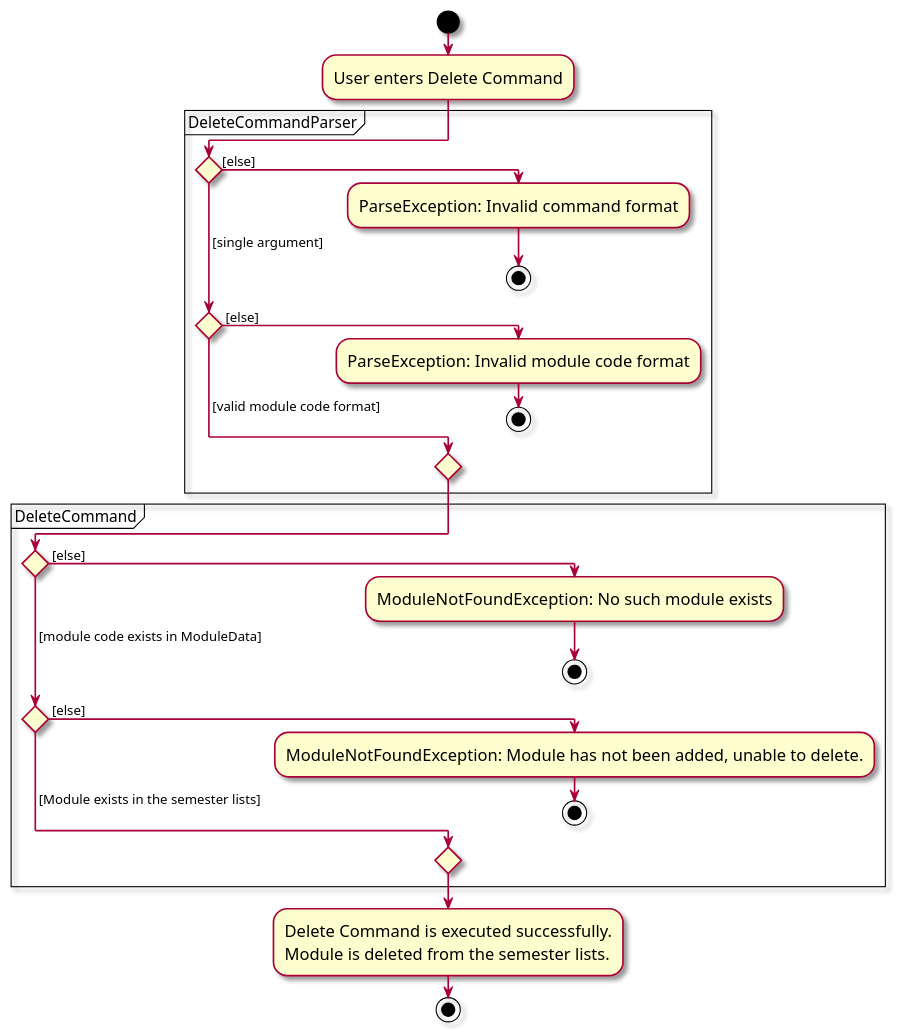
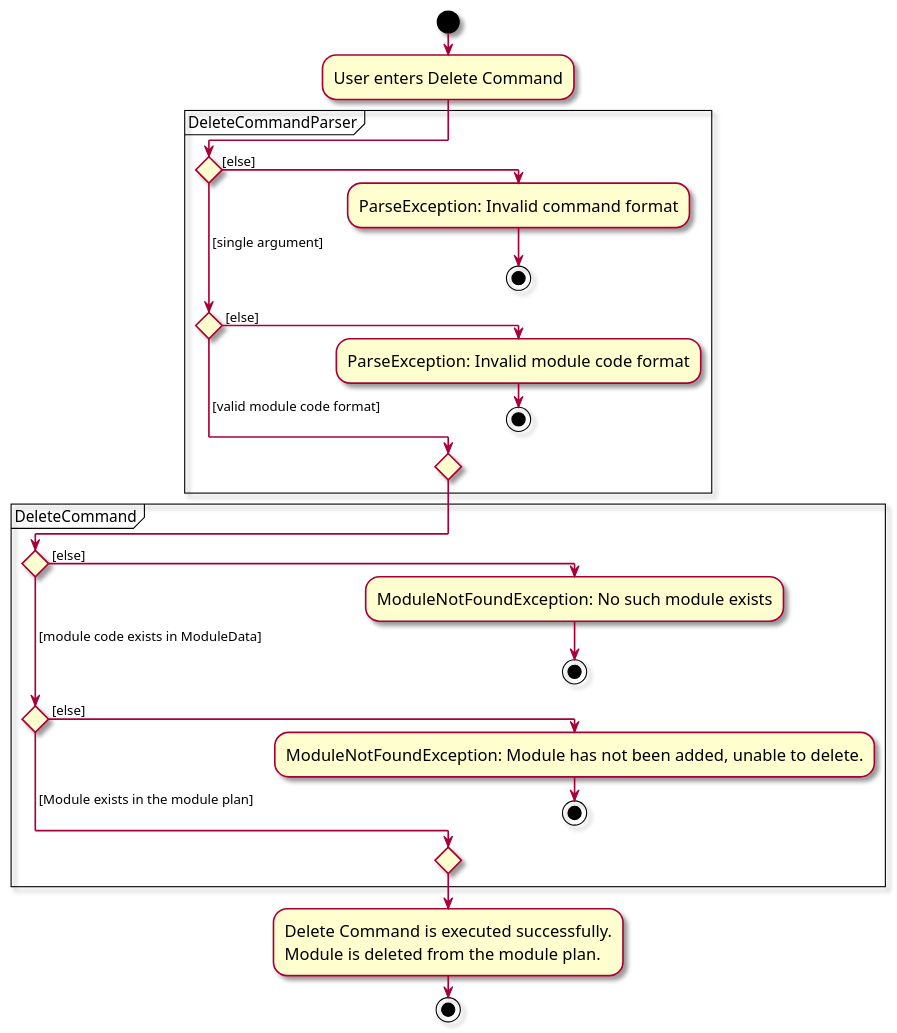
One commit to yyyaohhh/tp changed the diagram in docs/diagrams/DeleteCommandActivityDiagram.puml. Above: the diagram before and after it, drawn with PlantUML. The commit also changed 1 other file, not shown here.

```diff
--- a/docs/diagrams/DeleteCommandActivityDiagram.puml
+++ b/docs/diagrams/DeleteCommandActivityDiagram.puml
@@ -1,40 +1,40 @@
 @startuml
 skin rose
 skinparam ActivityFontSize 15
 skinparam ArrowFontSize 12
 !pragma useVerticalIf on
 start
 :User enters Delete Command;
 
 partition DeleteCommandParser {
 
 if () then ([else])
     :ParseException: Invalid command format;
     stop
 ( [single argument]) elseif () then ( [else])
     :ParseException: Invalid module code format;
     stop
 else ( [valid module code format])
 
 endif
 }
 
 partition DeleteCommand {
 
 if () then ( [else])
     :ModuleNotFoundException: No such module exists;
     stop
 ( [module code exists in ModuleData]) elseif () then ( [else])
     :ModuleNotFoundException: Module has not been added, unable to delete.;
     stop
-else ( [Module exists in the semester lists])
+else ( [Module exists in the module plan])
 
 endif
 }
 
 :Delete Command is executed successfully.
-Module is deleted from the semester lists.;
+Module is deleted from the module plan.;
 
 stop
 
 @enduml
```
